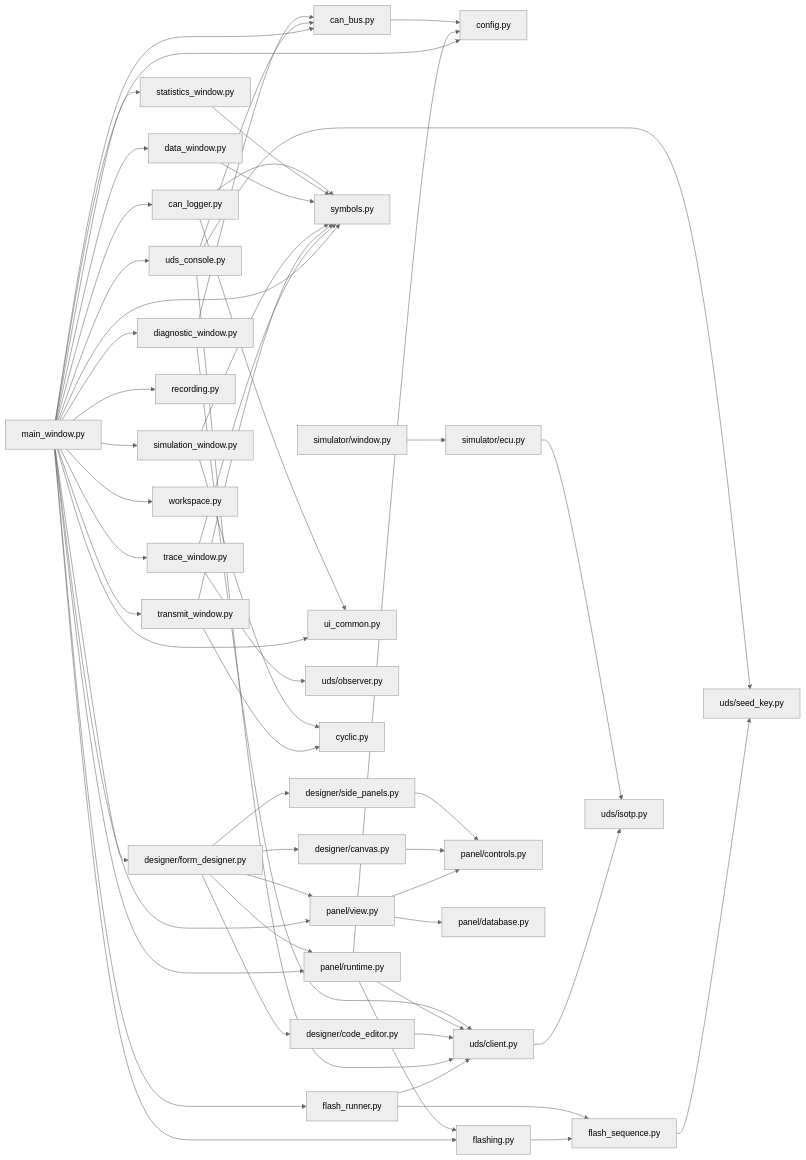
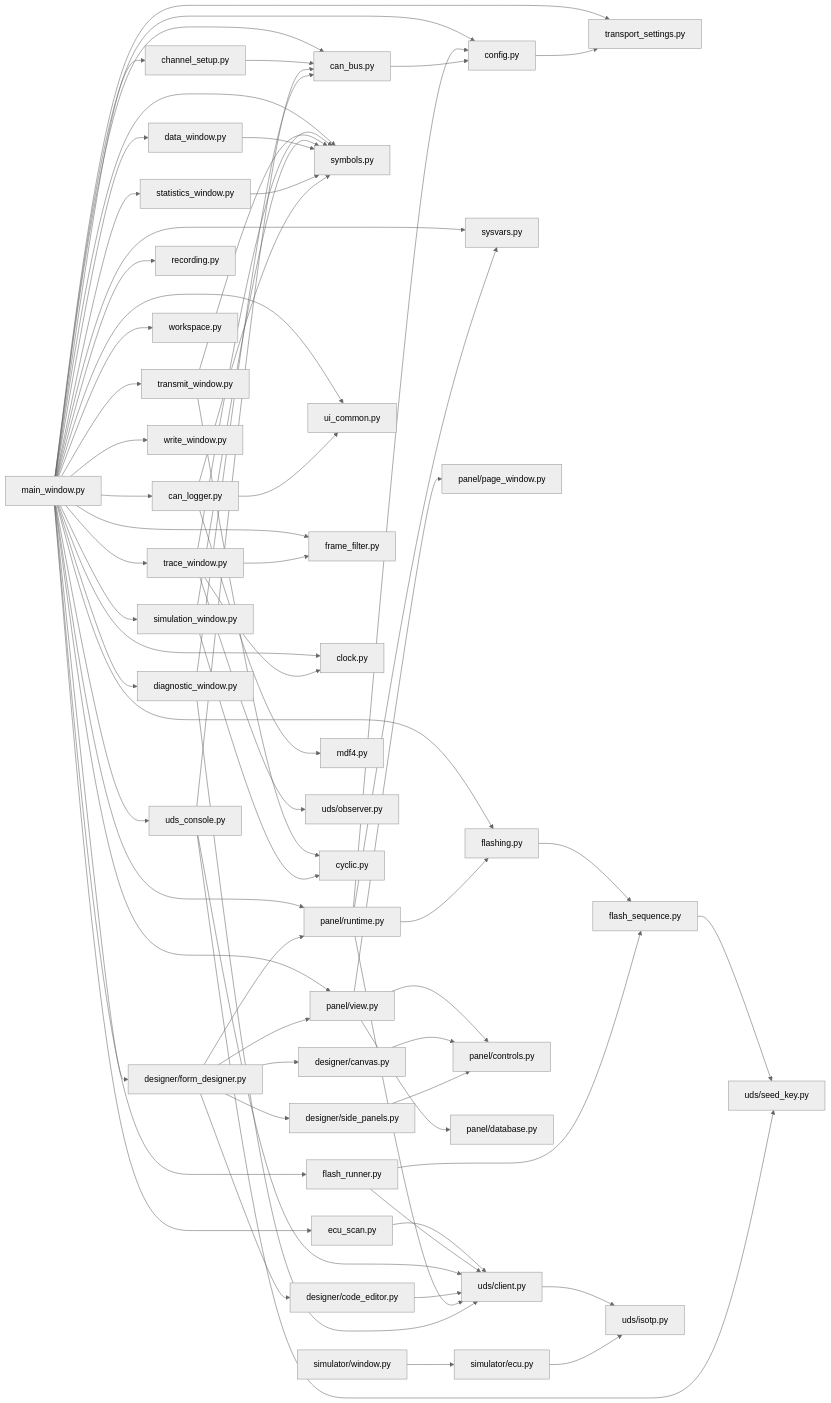
Before and after one commit to HyperFluxQc/CanExpert: the first of 4 diagrams in docs/DOCUMENTATION.md, drawn with Mermaid (neutral theme). The commit also changed other lines of this file and 5 other files, not shown here.

````diff
--- a/docs/DOCUMENTATION.md
+++ b/docs/DOCUMENTATION.md
@@ -23,59 +23,74 @@
 ```mermaid
 flowchart LR
     main["main_window.py"]
     main --> can_bus["can_bus.py"]
     main --> config["config.py"]
     main --> panel_view["panel/view.py"]
     main --> panel_runtime["panel/runtime.py"]
     main --> form_designer["designer/form_designer.py"]
     main --> can_logger["can_logger.py"]
     main --> trace["trace_window.py"]
     main --> statistics["statistics_window.py"]
     main --> data["data_window.py"]
     main --> transmit["transmit_window.py"]
     main --> simulation["simulation_window.py"]
     main --> console["uds_console.py"]
     main --> recording["recording.py"]
     main --> symbols["symbols.py"]
     main --> diagnostic_window["diagnostic_window.py"]
     main --> flashing["flashing.py"]
     main --> flash_runner["flash_runner.py"]
     main --> ui_common["ui_common.py"]
     main --> workspace["workspace.py"]
+    main --> transport_settings["transport_settings.py"]
+    main --> channel_setup["channel_setup.py"]
+    main --> frame_filter["frame_filter.py"]
+    main --> clock["clock.py"]
+    main --> sysvars["sysvars.py"]
+    main --> write_window["write_window.py"]
+    main --> ecu_scan["ecu_scan.py"]
+    config --> transport_settings
+    channel_setup --> can_bus
+    trace --> frame_filter
+    trace --> clock
+    can_logger --> mdf4["mdf4.py"]
+    panel_view --> page_window["panel/page_window.py"]
+    panel_runtime --> sysvars
+    ecu_scan --> uds_client
     trace --> symbols
     trace --> observer["uds/observer.py"]
     transmit --> symbols
     transmit --> cyclic["cyclic.py"]
     simulation --> symbols
     simulation --> cyclic
     data --> symbols
     statistics --> symbols
     flashing --> flash_sequence["flash_sequence.py"]
     flash_runner --> flash_sequence
     flash_runner --> uds_client
     flash_sequence --> seed_key["uds/seed_key.py"]
     console --> seed_key
     can_logger --> symbols
     console --> uds_client
     console --> can_bus
     form_designer --> canvas["designer/canvas.py"]
     form_designer --> side_panels["designer/side_panels.py"]
     form_designer --> code_editor["designer/code_editor.py"]
     form_designer --> panel_runtime
     form_designer --> panel_view
     code_editor --> uds_client["uds/client.py"]
     panel_view --> panel_controls["panel/controls.py"]
     panel_view --> panel_database["panel/database.py"]
     canvas --> panel_controls
     side_panels --> panel_controls
     panel_runtime --> uds_client
     panel_runtime --> config
     panel_runtime --> flashing
     uds_client --> isotp["uds/isotp.py"]
     can_bus --> config
     diagnostic_window --> can_bus
     diagnostic_window --> uds_client
     can_logger --> ui_common
     simulator_ecu["simulator/ecu.py"] --> isotp
     simulator_window["simulator/window.py"] --> simulator_ecu
 ```
````
